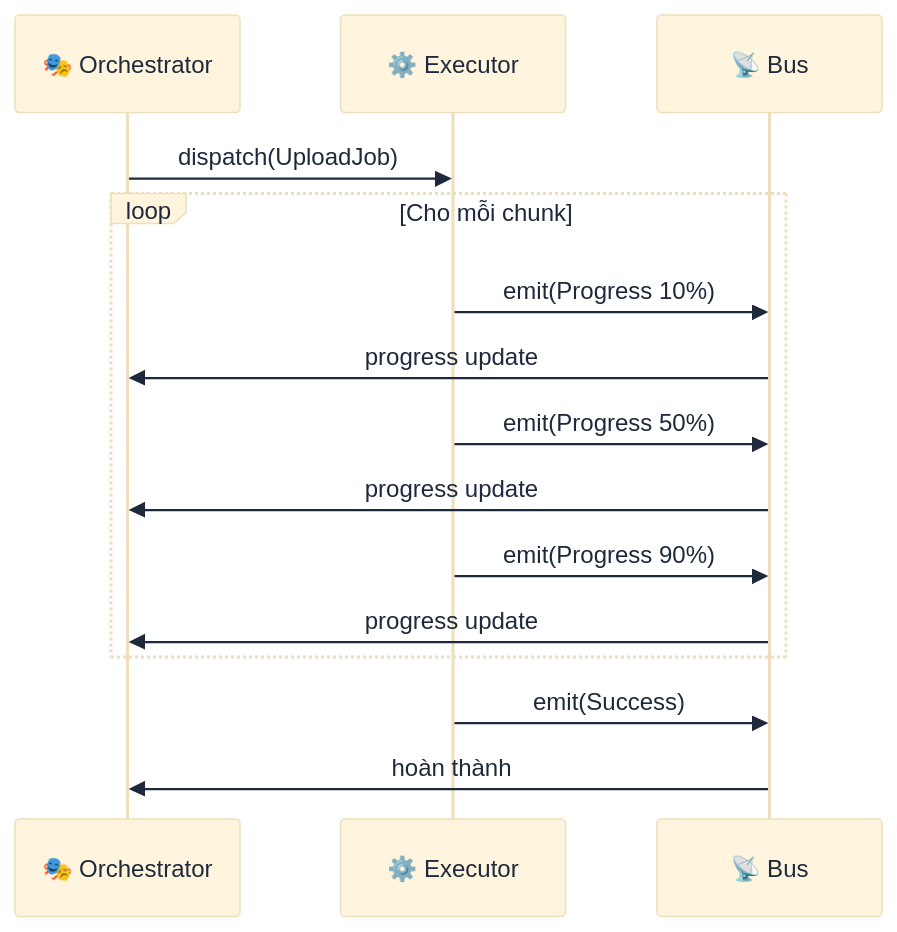
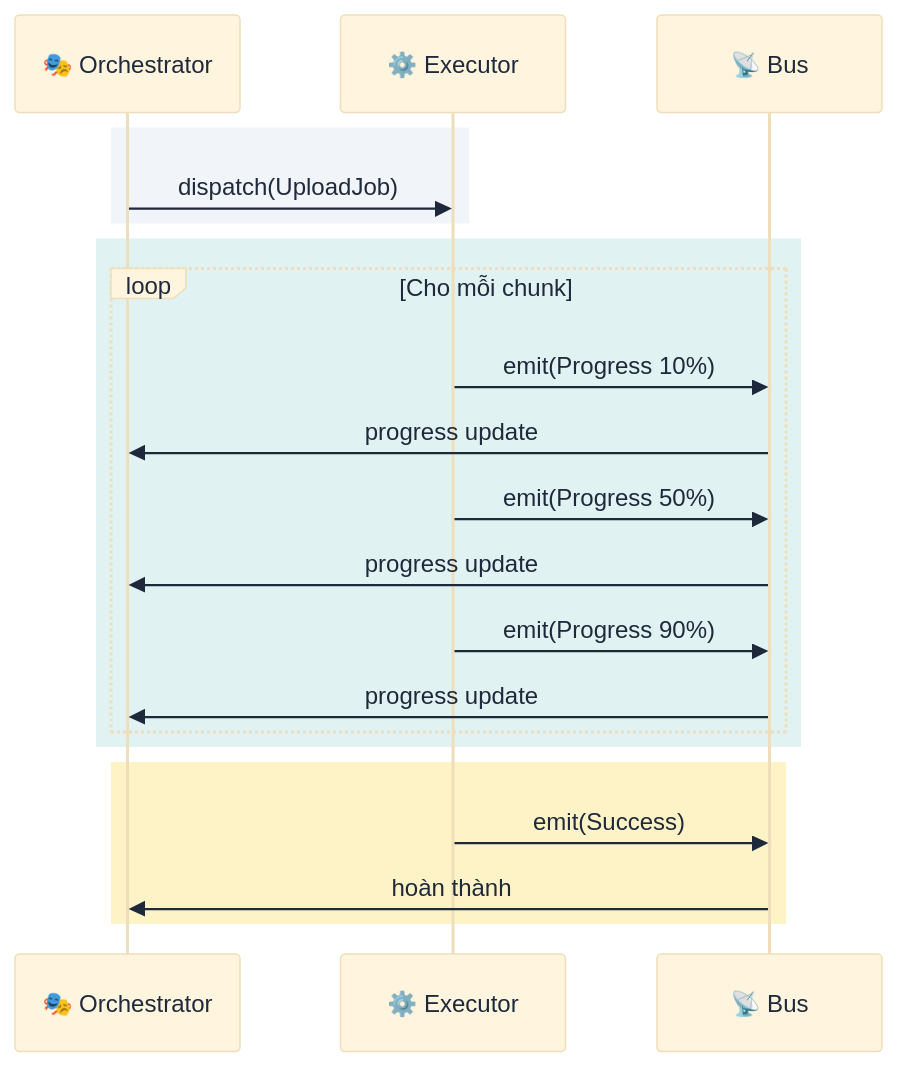
Before and after one commit to lploc94/flutter_orchestrator: the eighth of 16 diagrams in book/vi/chapters/05_advanced_patterns.md, drawn with Mermaid. The commit also changed other lines of this file and 1 other file, not shown here.

````diff
--- a/book/vi/chapters/05_advanced_patterns.md
+++ b/book/vi/chapters/05_advanced_patterns.md
@@ -217,21 +233,27 @@
 ```mermaid
 %%{init: {'theme': 'base', 'themeVariables': { 'primaryTextColor': '#1e293b', 'noteTextColor': '#1e293b', 'actorTextColor': '#1e293b' }}}%%
 sequenceDiagram
     participant Orch as 🎭 Orchestrator
     participant Exec as ⚙️ Executor
     participant Bus as 📡 Bus
     
-    Orch->>Exec: dispatch(UploadJob)
-    
-    loop Cho mỗi chunk
-        Exec->>Bus: emit(Progress 10%)
-        Bus->>Orch: progress update
-        Exec->>Bus: emit(Progress 50%)
-        Bus->>Orch: progress update
-        Exec->>Bus: emit(Progress 90%)
-        Bus->>Orch: progress update
+    rect rgb(241, 245, 249)
+        Orch->>Exec: dispatch(UploadJob)
     end
     
-    Exec->>Bus: emit(Success)
-    Bus->>Orch: hoàn thành
+    rect rgb(224, 242, 241)
+        loop Cho mỗi chunk
+            Exec->>Bus: emit(Progress 10%)
+            Bus->>Orch: progress update
+            Exec->>Bus: emit(Progress 50%)
+            Bus->>Orch: progress update
+            Exec->>Bus: emit(Progress 90%)
+            Bus->>Orch: progress update
+        end
+    end
+    
+    rect rgb(254, 243, 199)
+        Exec->>Bus: emit(Success)
+        Bus->>Orch: hoàn thành
+    end
 ```
````
